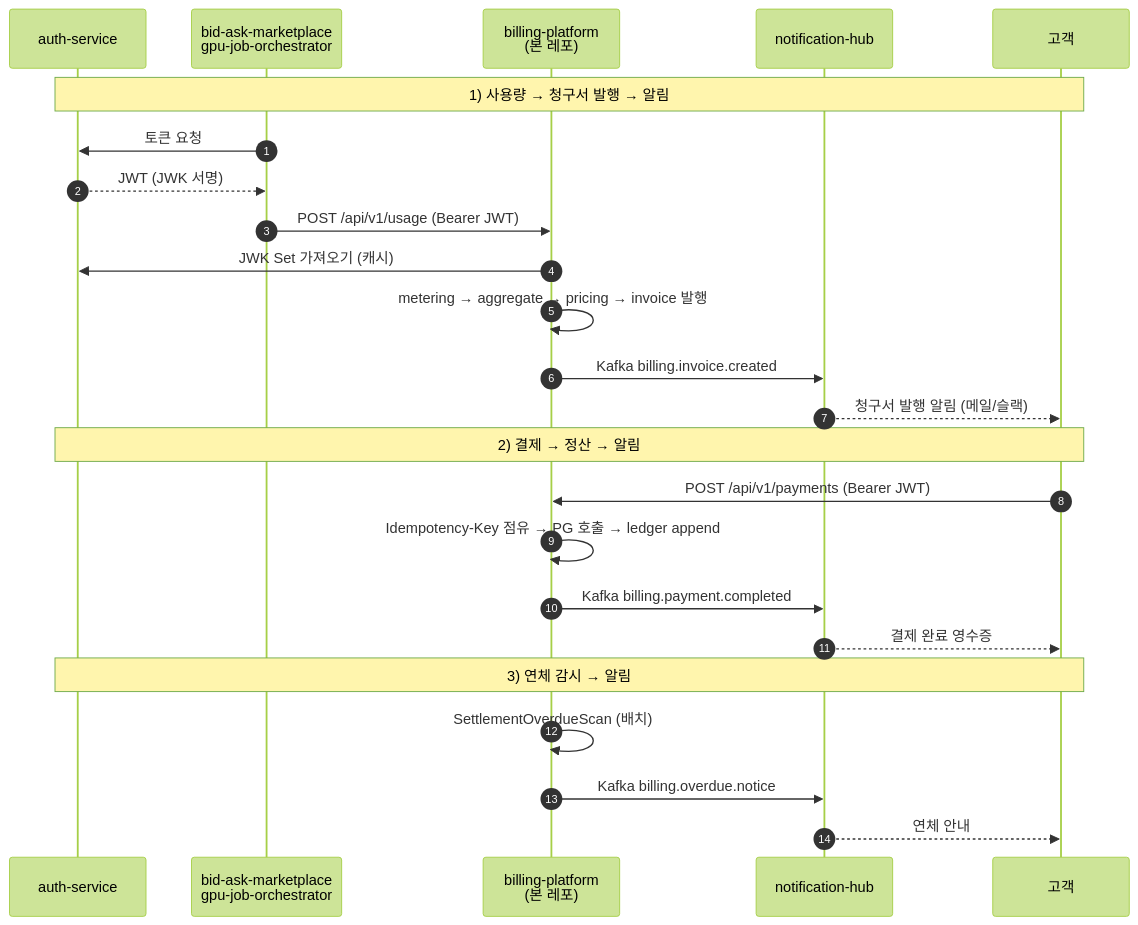
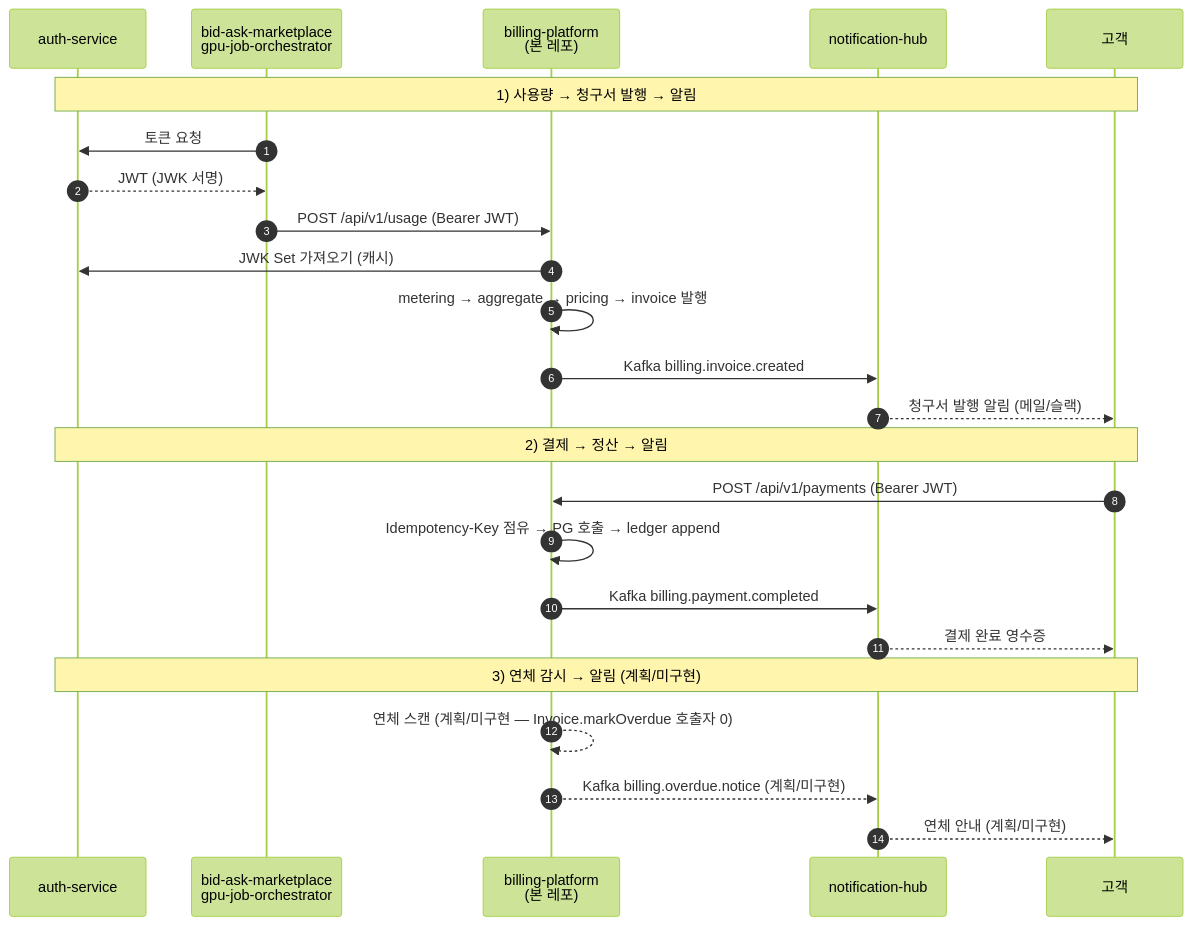
Before and after one commit to ssa1004/billing-platform: the third of 3 diagrams in README.md, drawn with Mermaid (forest theme). The commit also changed other lines of this file and 2 other files, not shown here.

First line of the commit message:
fix: 기본 프로필 Redis health probe 끔 + README 다이어그램/엔드포인트 드리프트 정정

````diff
--- a/README.md
+++ b/README.md
@@ -476,29 +474,29 @@
 ```mermaid
 sequenceDiagram
     autonumber
     participant Auth as auth-service
     participant Producer as bid-ask-marketplace<br/>gpu-job-orchestrator
     participant Bill as billing-platform<br/>(본 레포)
     participant Notif as notification-hub
     participant User as 고객
 
     Note over Auth,User: 1) 사용량 → 청구서 발행 → 알림
     Producer->>Auth: 토큰 요청
     Auth-->>Producer: JWT (JWK 서명)
     Producer->>Bill: POST /api/v1/usage (Bearer JWT)
     Bill->>Auth: JWK Set 가져오기 (캐시)
     Bill->>Bill: metering → aggregate → pricing → invoice 발행
     Bill->>Notif: Kafka billing.invoice.created
     Notif-->>User: 청구서 발행 알림 (메일/슬랙)
 
     Note over Auth,User: 2) 결제 → 정산 → 알림
     User->>Bill: POST /api/v1/payments (Bearer JWT)
     Bill->>Bill: Idempotency-Key 점유 → PG 호출 → ledger append
     Bill->>Notif: Kafka billing.payment.completed
     Notif-->>User: 결제 완료 영수증
 
-    Note over Auth,User: 3) 연체 감시 → 알림
-    Bill->>Bill: SettlementOverdueScan (배치)
-    Bill->>Notif: Kafka billing.overdue.notice
-    Notif-->>User: 연체 안내
+    Note over Auth,User: 3) 연체 감시 → 알림 (계획/미구현)
+    Bill-->>Bill: 연체 스캔 (계획/미구현 — Invoice.markOverdue 호출자 0)
+    Bill-->>Notif: Kafka billing.overdue.notice (계획/미구현)
+    Notif-->>User: 연체 안내 (계획/미구현)
 ```
````
